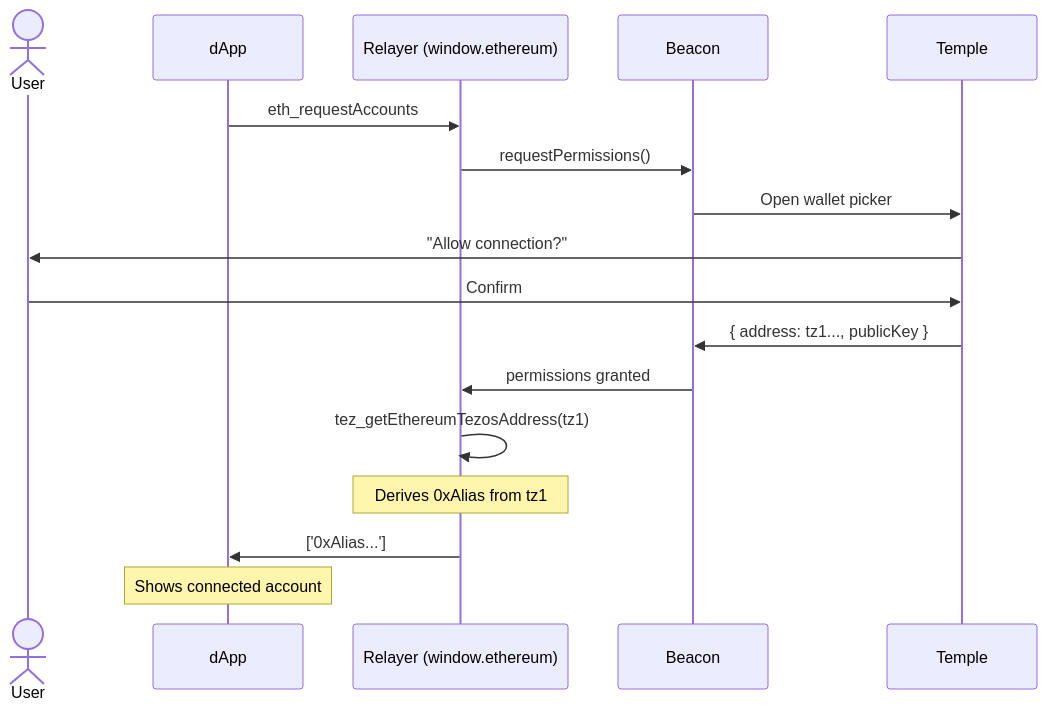
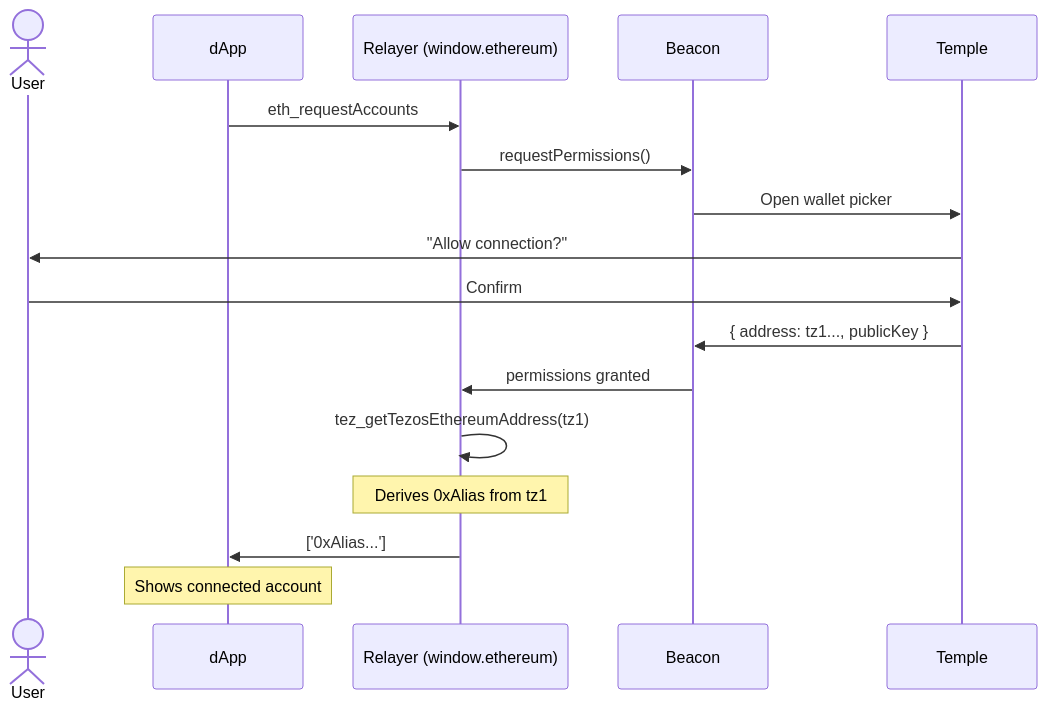
Before and after one commit to Rasalghulsslayer/tezos-x-wallet-mod: the diagram in website/docs/user-flows/connect-wallet.md, drawn with Mermaid. The commit also changed other lines of this file and 57 other files, not shown here.

````diff
--- a/website/docs/user-flows/connect-wallet.md
+++ b/website/docs/user-flows/connect-wallet.md
@@ -19,20 +19,20 @@
 ```mermaid
 sequenceDiagram
     actor User
     participant dApp
     participant Relayer as Relayer (window.ethereum)
     participant Beacon
     participant Temple
 
     dApp->>Relayer: eth_requestAccounts
     Relayer->>Beacon: requestPermissions()
     Beacon->>Temple: Open wallet picker
     Temple->>User: "Allow connection?"
     User->>Temple: Confirm
     Temple->>Beacon: { address: tz1..., publicKey }
     Beacon->>Relayer: permissions granted
-    Relayer->>Relayer: tez_getEthereumTezosAddress(tz1)
+    Relayer->>Relayer: tez_getTezosEthereumAddress(tz1)
     Note over Relayer: Derives 0xAlias from tz1
     Relayer->>dApp: ['0xAlias...']
     Note over dApp: Shows connected account
 ```
````
